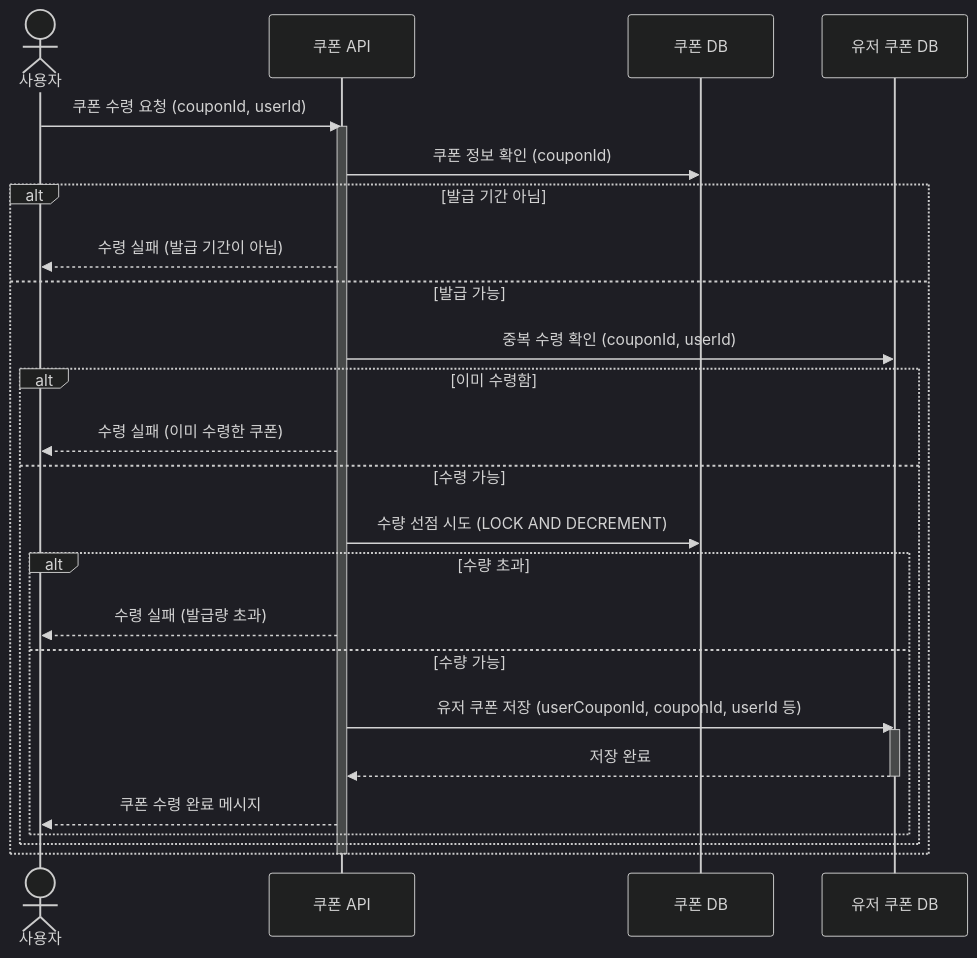
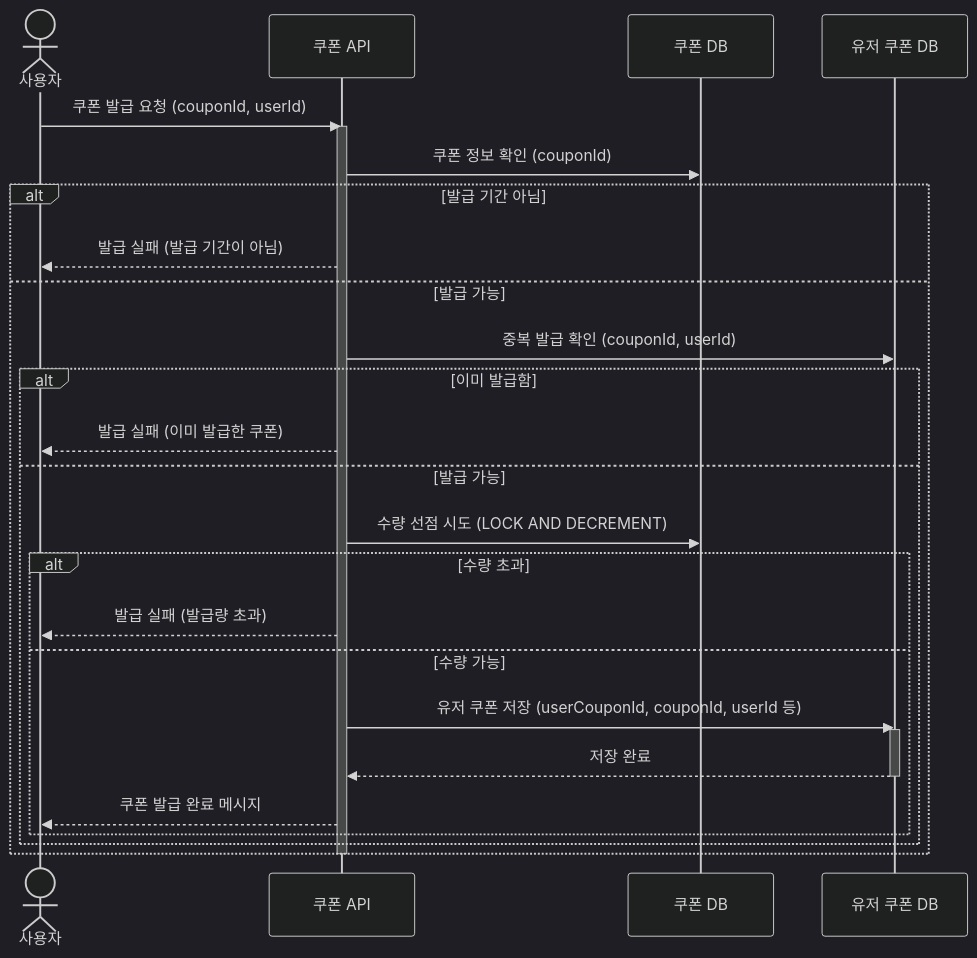
The sixth of 9 diagrams in docs/Sequence.md (sky96027/e-commerce), drawn with Mermaid (dark theme) before and after one commit. The commit also changed other lines of this file, not shown here.

````diff
--- a/docs/Sequence.md
+++ b/docs/Sequence.md
@@ -223,36 +164,36 @@
 ```mermaid
 sequenceDiagram
     actor User as 사용자
     participant CouponAPI as 쿠폰 API
     participant CouponBatchDB as 쿠폰 DB
     participant UserCouponDB as 유저 쿠폰 DB
 
-    User ->> CouponAPI: 쿠폰 수령 요청 (couponId, userId)
+    User ->> CouponAPI: 쿠폰 발급 요청 (couponId, userId)
     activate CouponAPI
 
     %% 1. 발급 가능 기간 확인
     CouponAPI ->> CouponBatchDB: 쿠폰 정보 확인 (couponId)
 
     alt 발급 기간 아님
-        CouponAPI -->> User: 수령 실패 (발급 기간이 아님)
+        CouponAPI -->> User: 발급 실패 (발급 기간이 아님)
     else 발급 가능
-        %% 2. 중복 수령 확인
-        CouponAPI ->> UserCouponDB: 중복 수령 확인 (couponId, userId)
+        %% 2. 중복 발급 확인
+        CouponAPI ->> UserCouponDB: 중복 발급 확인 (couponId, userId)
 
-        alt 이미 수령함
-            CouponAPI -->> User: 수령 실패 (이미 수령한 쿠폰)
-        else 수령 가능
+        alt 이미 발급함
+            CouponAPI -->> User: 발급 실패 (이미 발급한 쿠폰)
+        else 발급 가능
             CouponAPI ->> CouponBatchDB: 수량 선점 시도 (LOCK AND DECREMENT) 
             alt 수량 초과
-                CouponAPI -->> User: 수령 실패 (발급량 초과)
+                CouponAPI -->> User: 발급 실패 (발급량 초과)
             else 수량 가능
                 CouponAPI ->> UserCouponDB: 유저 쿠폰 저장 (userCouponId, couponId, userId 등)
                 activate UserCouponDB
                 UserCouponDB -->> CouponAPI: 저장 완료
                 deactivate UserCouponDB
-                CouponAPI -->> User: 쿠폰 수령 완료 메시지
+                CouponAPI -->> User: 쿠폰 발급 완료 메시지
             end
         end
     end
     deactivate CouponAPI
 ```
````
